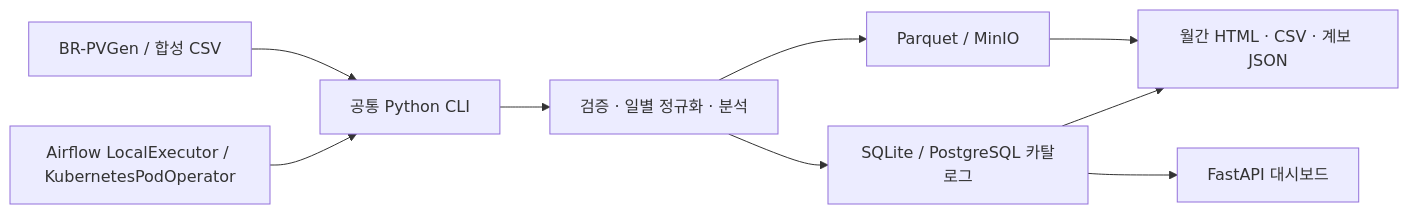
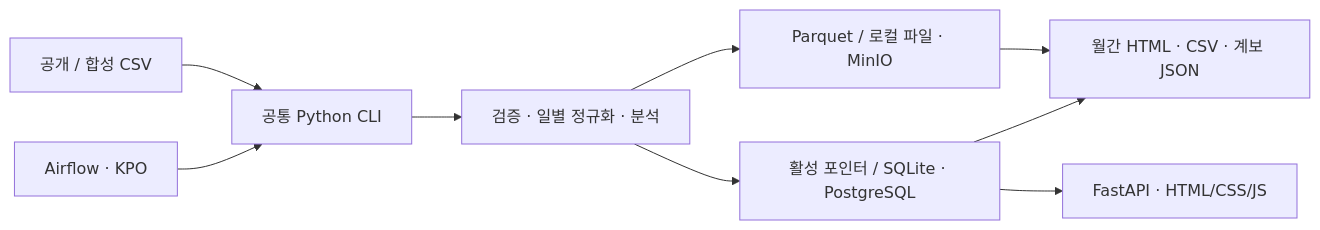
The diagram in README.md (TaeyanG4/solarops-audit), drawn with Mermaid before and after one commit. The commit also changed other lines of this file and 59 other files, not shown here.

````diff
--- a/README.md
+++ b/README.md
@@ -24,11 +36,11 @@
 ```mermaid
 flowchart LR
-    A[BR-PVGen / 합성 CSV] --> B[공통 Python CLI]
+    A[공개 / 합성 CSV] --> B[공통 Python CLI]
+    H[Airflow · KPO] --> B
     B --> C[검증 · 일별 정규화 · 분석]
-    C --> D[Parquet / MinIO]
-    C --> E[SQLite / PostgreSQL 카탈로그]
+    C --> D[Parquet / 로컬 파일 · MinIO]
+    C --> E[활성 포인터 / SQLite · PostgreSQL]
     D --> F[월간 HTML · CSV · 계보 JSON]
     E --> F
-    E --> G[FastAPI 대시보드]
-    H[Airflow LocalExecutor / KubernetesPodOperator] --> B
+    E --> G[FastAPI · HTML/CSS/JS]
 ```
````
